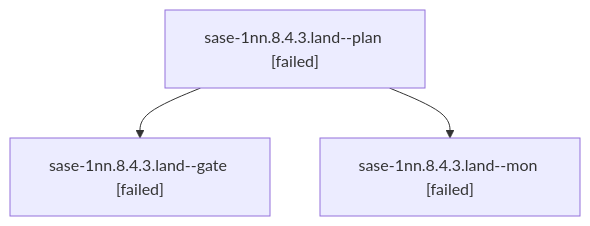
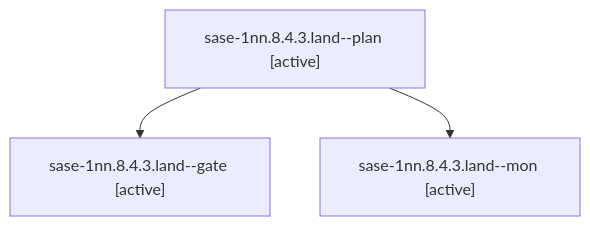
One commit to sase-org/sase--agents changed the diagram in sessions/bbugyi200.athena.sase-1nn.8.4.3.land.md. Above: the diagram before and after it, drawn with Mermaid. The commit also changed other lines of this file and 274 other files, not shown here.

````diff
--- a/sessions/bbugyi200.athena.sase-1nn.8.4.3.land.md
+++ b/sessions/bbugyi200.athena.sase-1nn.8.4.3.land.md
@@ -9,8 +9,8 @@
 ```mermaid
 flowchart TD
-  n0["sase-1nn.8.4.3.land--plan [failed]"]
-  n1["sase-1nn.8.4.3.land--gate [failed]"]
+  n0["sase-1nn.8.4.3.land--plan [active]"]
+  n1["sase-1nn.8.4.3.land--gate [active]"]
   n0 --> n1
-  n2["sase-1nn.8.4.3.land--mon [failed]"]
+  n2["sase-1nn.8.4.3.land--mon [active]"]
   n0 --> n2
 ```
````
